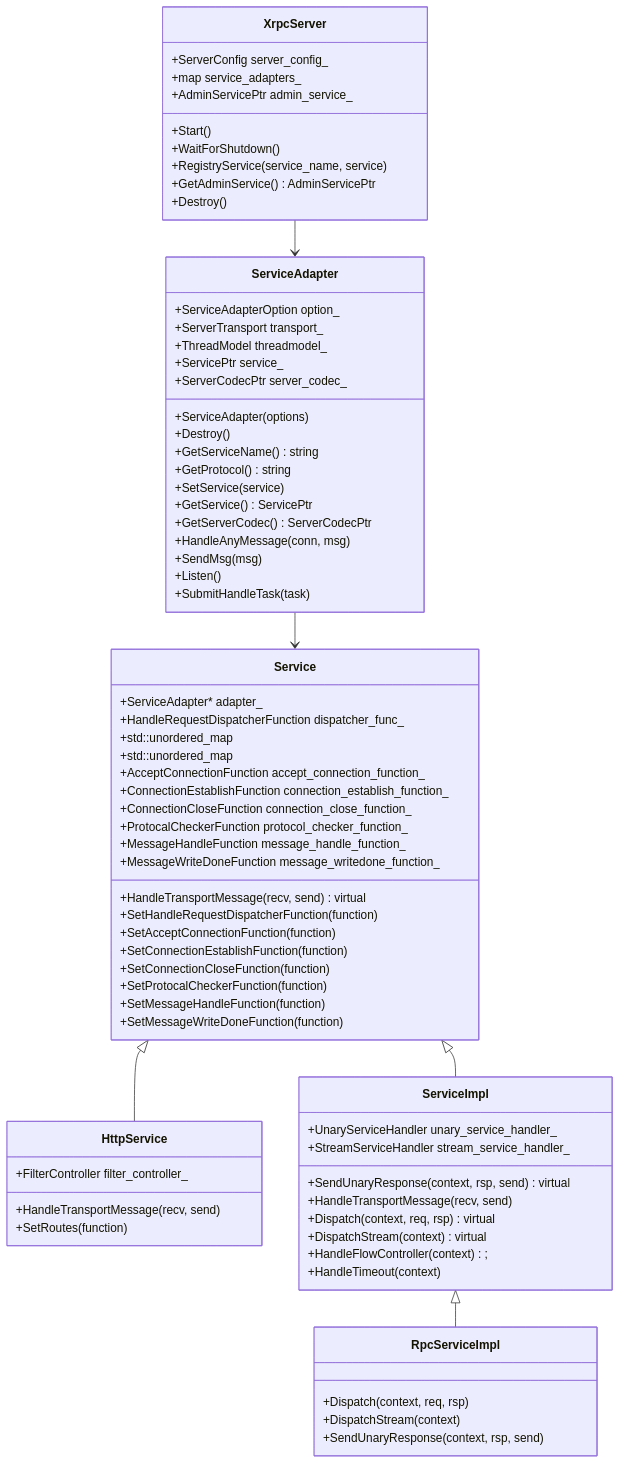
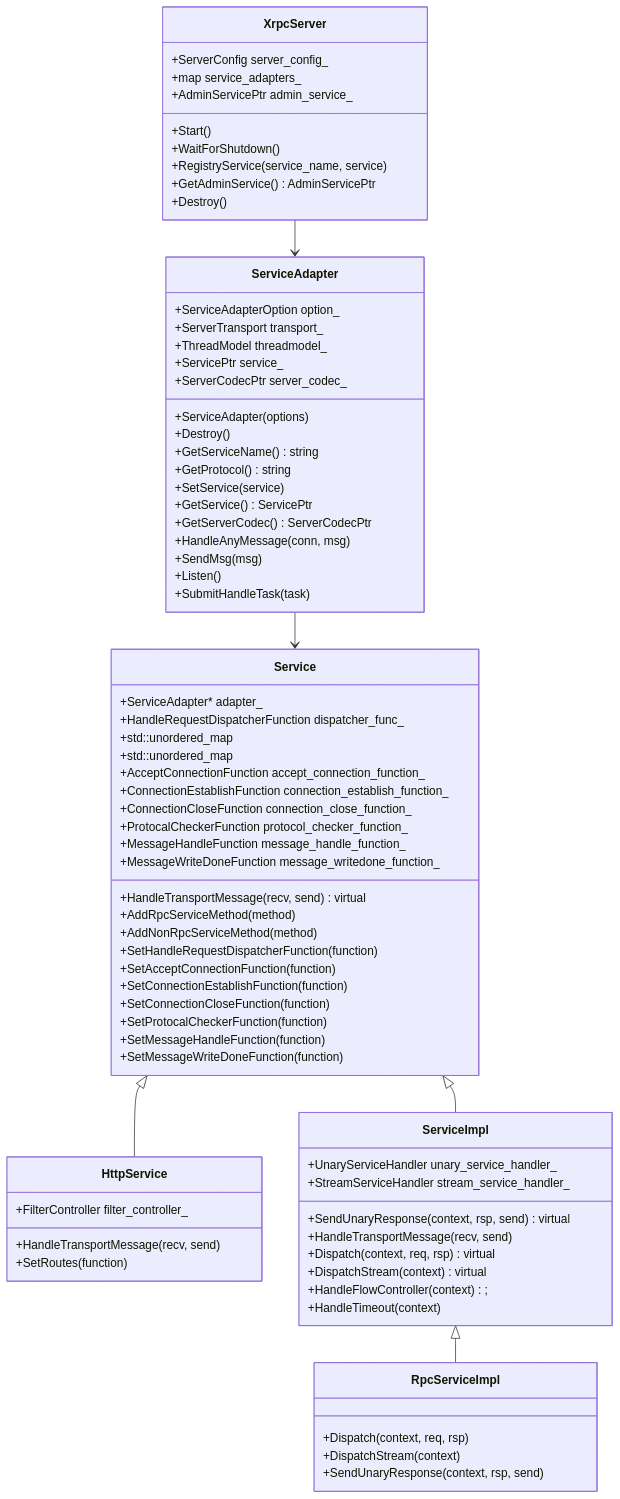
The diagram in posts/xrpc/xrpc-server/readme.md (lsj9383/blog), drawn with Mermaid before and after one commit.

```diff
--- a/posts/xrpc/xrpc-server/readme.md
+++ b/posts/xrpc/xrpc-server/readme.md
@@ -70,6 +70,8 @@
   +MessageHandleFunction message_handle_function_
   +MessageWriteDoneFunction message_writedone_function_
   +HandleTransportMessage(recv, send) virtual
+  +AddRpcServiceMethod(method)
+  +AddNonRpcServiceMethod(method)
   +SetHandleRequestDispatcherFunction(function)
   +SetAcceptConnectionFunction(function)
   +SetConnectionEstablishFunction(function)
```
